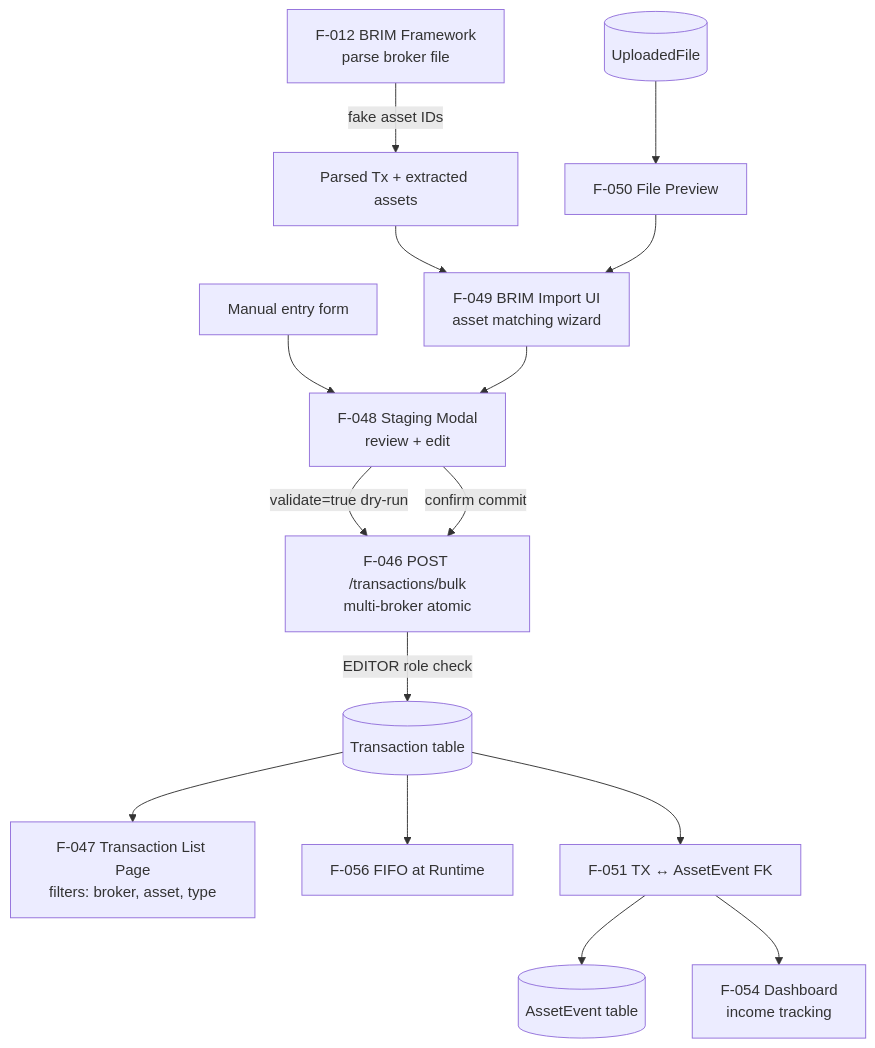
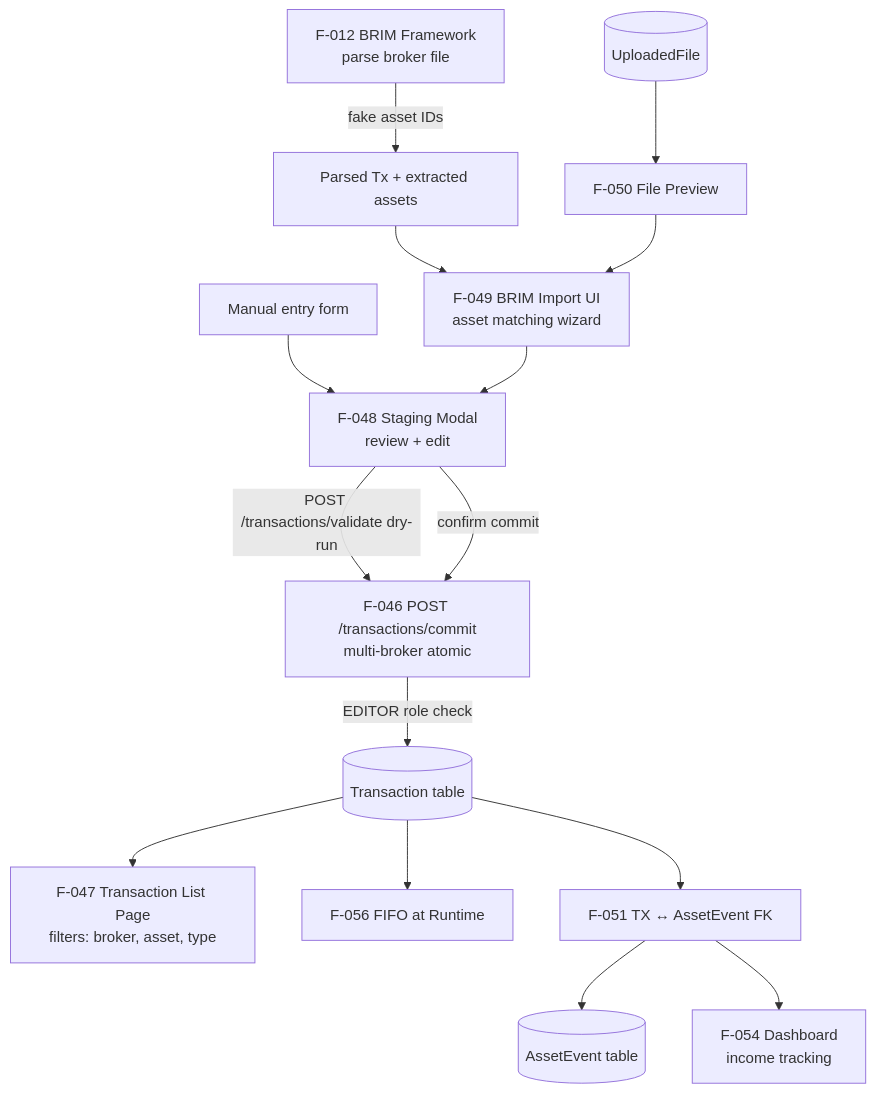
One commit to Librefolio/LibreFolio changed the diagram in LibreFolio_devWiki/wiki/domains/transactions.md. Above: the diagram before and after it, drawn with Mermaid. The commit also changed other lines of this file and 11 other files, not shown here.

````diff
--- a/LibreFolio_devWiki/wiki/domains/transactions.md
+++ b/LibreFolio_devWiki/wiki/domains/transactions.md
@@ -34,17 +40,17 @@
 ```mermaid
 graph TD
     BRIM[F-012 BRIM Framework<br/>parse broker file] -->|fake asset IDs| StagingData[Parsed Tx + extracted assets]
     StagingData --> ImportUI[F-049 BRIM Import UI<br/>asset matching wizard]
     ManualEntry[Manual entry form] --> StagingModal[F-048 Staging Modal<br/>review + edit]
     ImportUI --> StagingModal
-    StagingModal -->|validate=true dry-run| BulkAPI[F-046 POST /transactions/bulk<br/>multi-broker atomic]
+    StagingModal -->|POST /transactions/validate dry-run| BulkAPI[F-046 POST /transactions/commit<br/>multi-broker atomic]
     StagingModal -->|confirm commit| BulkAPI
     BulkAPI -->|EDITOR role check| TxDB[(Transaction table)]
     TxDB --> TxList[F-047 Transaction List Page<br/>filters: broker, asset, type]
     TxDB --> FIFO[F-056 FIFO at Runtime]
     TxDB --> EventLink[F-051 TX ↔ AssetEvent FK]
     EventLink --> AssetEvents[(AssetEvent table)]
     EventLink --> DASH[F-054 Dashboard<br/>income tracking]
     FileStore[(UploadedFile)] --> Preview[F-050 File Preview]
     Preview --> ImportUI
 ```
````
